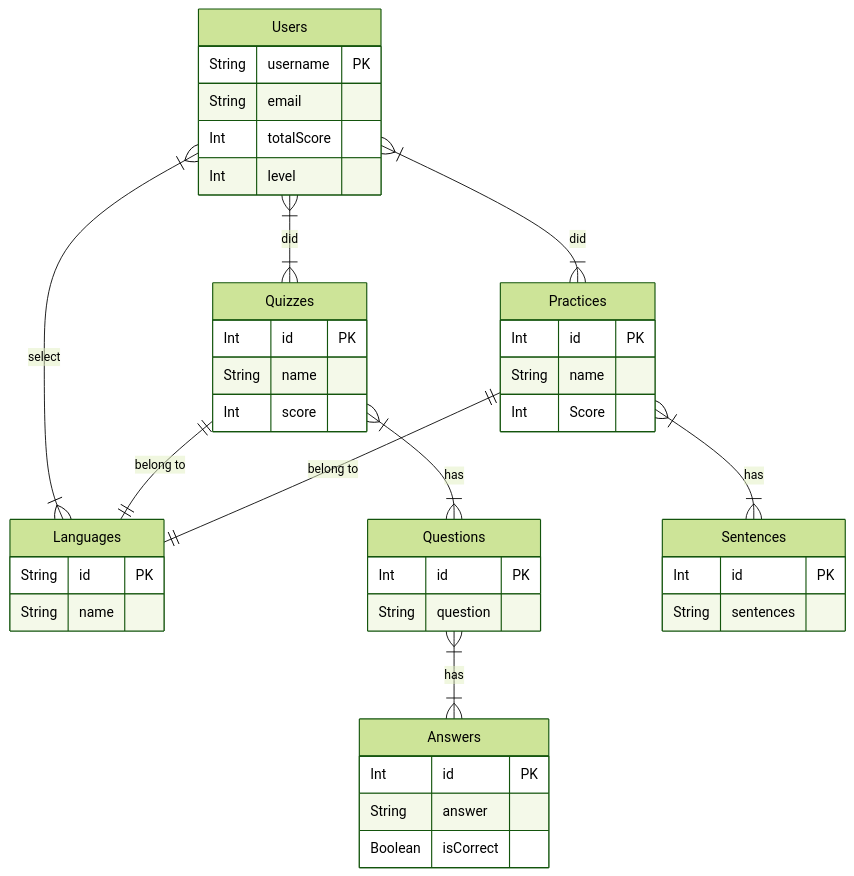
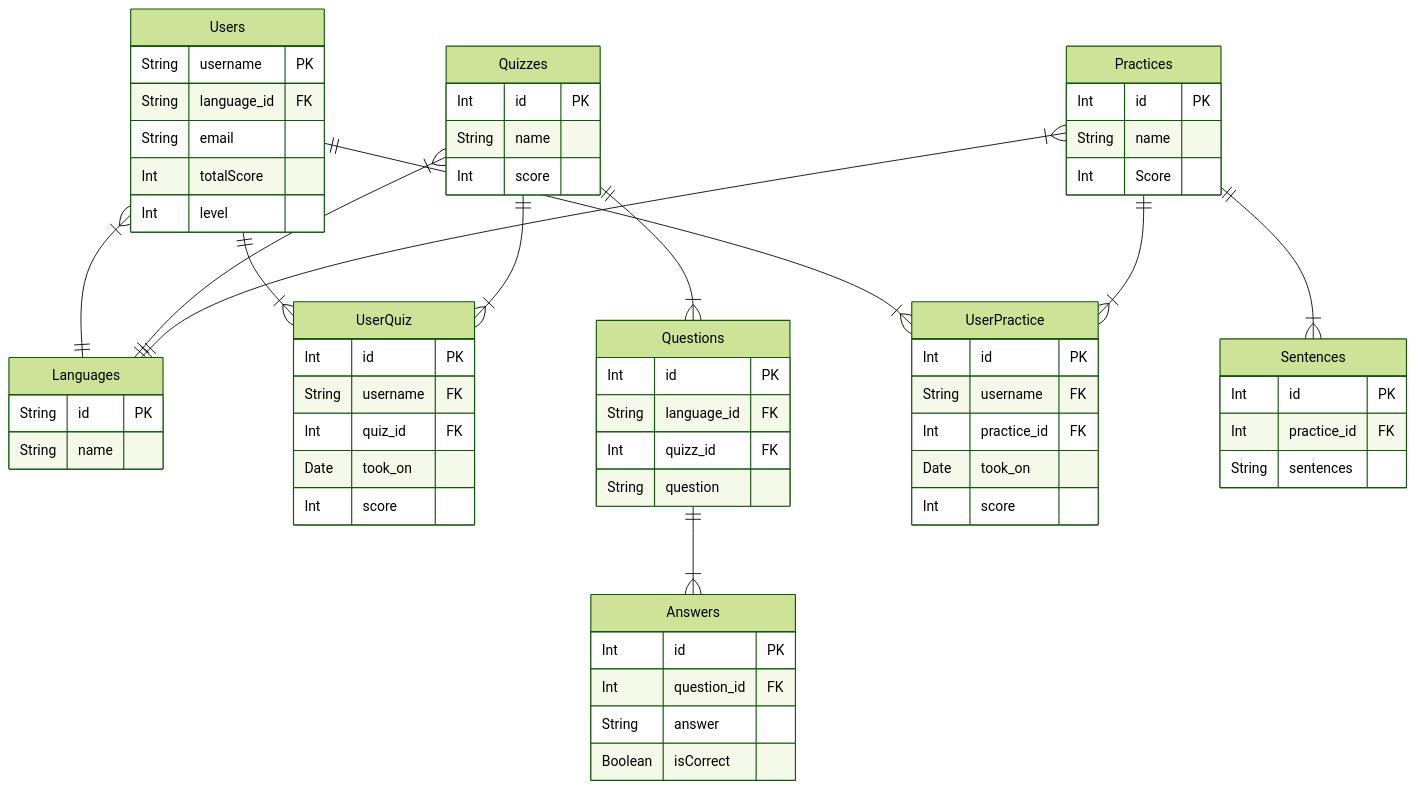
One commit to Capstone-Projects-2023-Fall/project-language-learning-discord-bot changed the diagram in documentation/docs/system-architecture/database-diagrams.md. Above: the diagram before and after it, drawn with Mermaid (forest theme).

````diff
--- a/documentation/docs/system-architecture/database-diagrams.md
+++ b/documentation/docs/system-architecture/database-diagrams.md
@@ -14,55 +14,79 @@
 ```mermaid
 erDiagram
 Users {
   String username PK
+  String language_id FK
   String email
   Int totalScore
   Int level
 }
 
 Languages {
   String id PK
   String name
 }
 
+UserQuiz {
+  Int id PK
+  String username FK
+  Int quiz_id FK
+  Date took_on
+  Int score
+
+}
+
 Quizzes {
   Int id PK
   String name
   Int score
 }
 
 Questions {
   Int id PK
+  String language_id FK
+  Int quizz_id FK
   String question
 }
 
 Answers {
   Int id PK
+  Int question_id FK
   String answer
   Boolean isCorrect
 }
 
 Practices {
   Int id PK
   String name
   Int Score
 }
 
+UserPractice {
+  Int id PK
+  String username FK
+  Int practice_id FK
+  Date took_on
+  Int score
+}
+
 Sentences {
   Int id PK
+  Int practice_id FK
   String sentences
 }
 
-Questions }|--|{ Answers : "has"
-Quizzes }|--|{ Questions : "has"
-Users }|--|{ Quizzes : "did"
-Users }|--|{ Languages : "select"
-Quizzes ||--|| Languages : "belong to"
+Questions ||--|{ Answers : ""
+Quizzes ||--|{ Questions : ""
+Users ||--|{ UserQuiz : ""
+Quizzes ||--|{ UserQuiz : ""
+Users }|--|| Languages : ""
+Quizzes }|--|| Languages : ""
 
-Users }|--|{ Practices : "did"
-Practices }|--|{ Sentences : "has"
-Practices ||--|| Languages : "belong to"
+Users ||--|{ UserPractice : ""
+Practices ||--|{ UserPractice : ""
+Practices ||--|{ Sentences : ""
+Practices }|--|| Languages : ""
 
 
 
 ```
````
